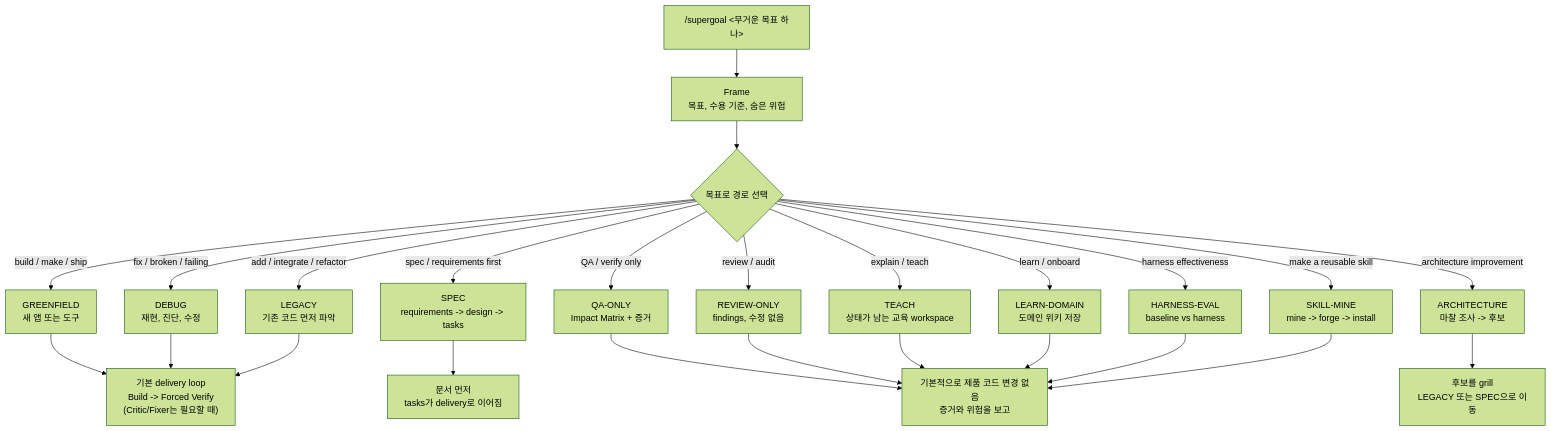
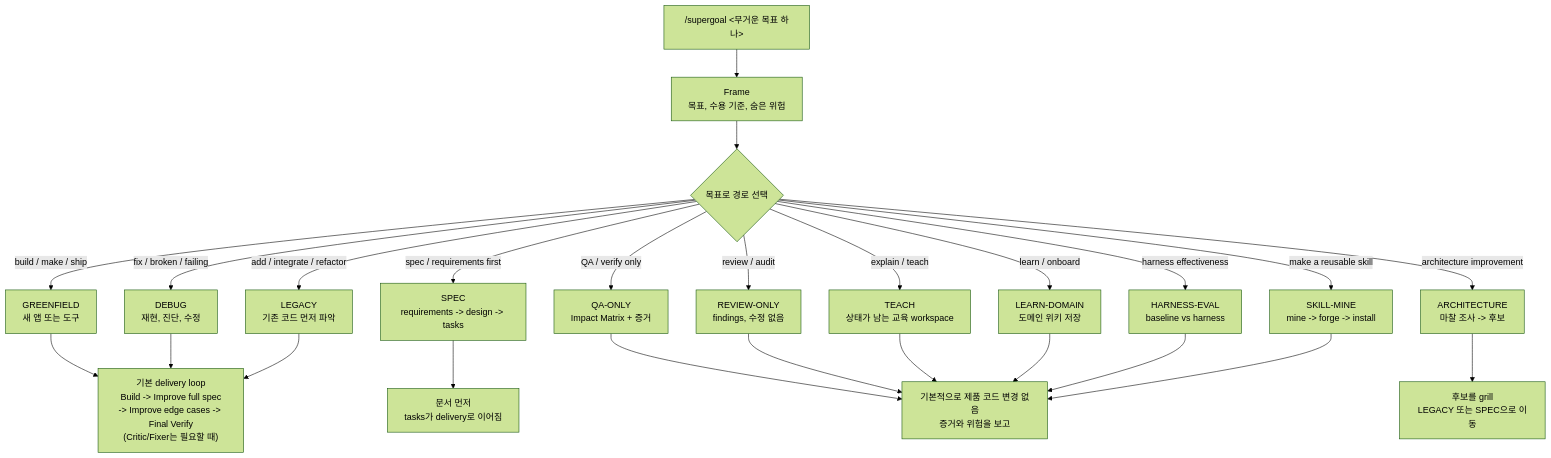
The diagram in README.ko.md (cskwork/supergoal-skill), drawn with Mermaid (forest theme) before and after one commit. The commit also changed other lines of this file and 12 other files, not shown here.

````diff
--- a/README.ko.md
+++ b/README.ko.md
@@ -65,31 +68,31 @@
 ```mermaid
 flowchart TD
     A["/supergoal <무거운 목표 하나>"] --> B["Frame<br/>목표, 수용 기준, 숨은 위험"]
     B --> C{"목표로 경로 선택"}
 
     C -->|"build / make / ship"| GREENFIELD["GREENFIELD<br/>새 앱 또는 도구"]
     C -->|"fix / broken / failing"| DEBUG["DEBUG<br/>재현, 진단, 수정"]
     C -->|"add / integrate / refactor"| LEGACY["LEGACY<br/>기존 코드 먼저 파악"]
     C -->|"spec / requirements first"| SPEC["SPEC<br/>requirements -> design -> tasks"]
     C -->|"QA / verify only"| QAONLY["QA-ONLY<br/>Impact Matrix + 증거"]
     C -->|"review / audit"| REVIEW["REVIEW-ONLY<br/>findings, 수정 없음"]
     C -->|"architecture improvement"| ARCHITECTURE["ARCHITECTURE<br/>마찰 조사 -> 후보"]
     C -->|"explain / teach"| TEACH["TEACH<br/>상태가 남는 교육 workspace"]
     C -->|"learn / onboard"| LEARN["LEARN-DOMAIN<br/>도메인 위키 저장"]
     C -->|"harness effectiveness"| HARNESS["HARNESS-EVAL<br/>baseline vs harness"]
     C -->|"make a reusable skill"| SKILLMINE["SKILL-MINE<br/>mine -> forge -> install"]
 
-    GREENFIELD --> LOOP["기본 delivery loop<br/>Build -> Forced Verify<br/>(Critic/Fixer는 필요할 때)"]
+    GREENFIELD --> LOOP["기본 delivery loop<br/>Build -> Improve full spec<br/>-> Improve edge cases -> Final Verify<br/>(Critic/Fixer는 필요할 때)"]
     DEBUG --> LOOP
     LEGACY --> LOOP
 
     SPEC --> DOCS["문서 먼저<br/>tasks가 delivery로 이어짐"]
     ARCHITECTURE --> PICK["후보를 grill<br/>LEGACY 또는 SPEC으로 이동"]
 
     QAONLY --> REPORT["기본적으로 제품 코드 변경 없음<br/>증거와 위험을 보고"]
     REVIEW --> REPORT
     TEACH --> REPORT
     LEARN --> REPORT
     HARNESS --> REPORT
     SKILLMINE --> REPORT
 ```
````
